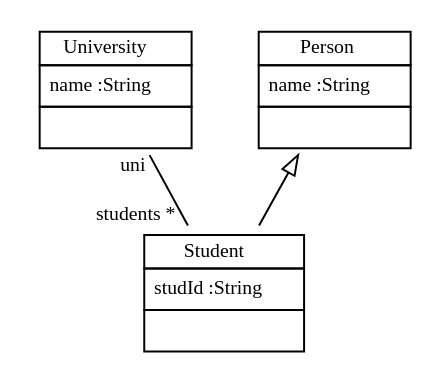
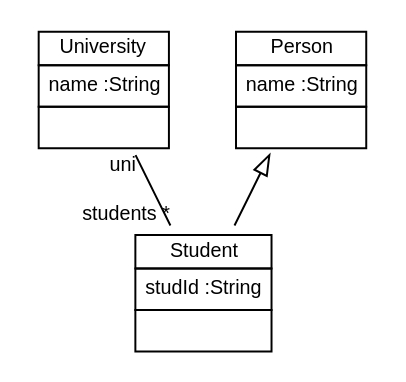
Before and after one commit to fujaba/SDMLib-EMF: the diagram in doc/StudyRighLoadedFromECore.dot, drawn with Graphviz. The commit also changed 291 other files, not shown here.

```diff
--- a/doc/StudyRighLoadedFromECore.dot
+++ b/doc/StudyRighLoadedFromECore.dot
@@ -1,15 +1,15 @@
 
  digraph ClassDiagram {
-    node [shape = none, fontsize = 10]; 
-    edge [fontsize = 10];
+    node [shape = none, fontsize = 10, fontname = "Arial"]; 
+    edge [fontsize = 10, fontname = "Arial"];
     
     
     _University [label=<<table border='0' cellborder='1' cellspacing='0'> <tr> <td HREF="../src/EMFStudyRight/University.java">University</td> </tr> <tr><td><table border='0' cellborder='0' cellspacing='0'> <tr><td align='left'>name :String</td></tr>  </table></td></tr> <tr><td><table border='0' cellborder='0' cellspacing='0'> <tr><td> </td></tr> </table></td></tr> </table>>];
     _Person [label=<<table border='0' cellborder='1' cellspacing='0'> <tr> <td HREF="../src/EMFStudyRight/Person.java">Person</td> </tr> <tr><td><table border='0' cellborder='0' cellspacing='0'> <tr><td align='left'>name :String</td></tr>  </table></td></tr> <tr><td><table border='0' cellborder='0' cellspacing='0'> <tr><td> </td></tr> </table></td></tr> </table>>];
     _Student [label=<<table border='0' cellborder='1' cellspacing='0'> <tr> <td HREF="../src/EMFStudyRight/Student.java">Student</td> </tr> <tr><td><table border='0' cellborder='0' cellspacing='0'> <tr><td align='left'>studId :String</td></tr>  </table></td></tr> <tr><td><table border='0' cellborder='0' cellspacing='0'> <tr><td> </td></tr> </table></td></tr> </table>>];
     
     
     
     _Person ->  _Student [dir = "back" arrowtail = "empty"];
     _University -> _Student [headlabel = "students *" taillabel = "uni" arrowhead = "none" ];
 }
```
